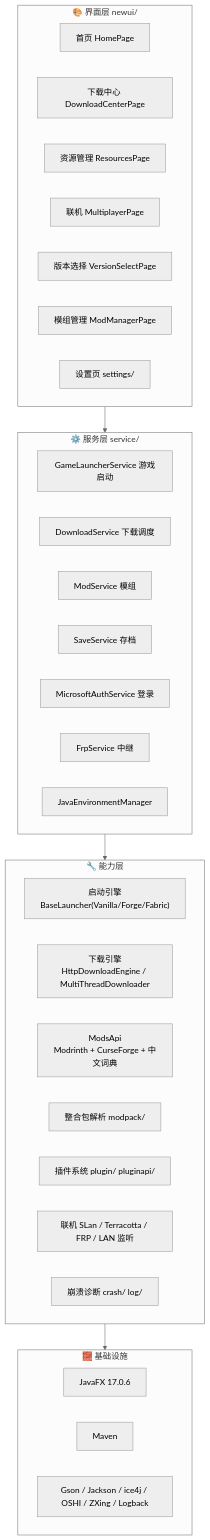
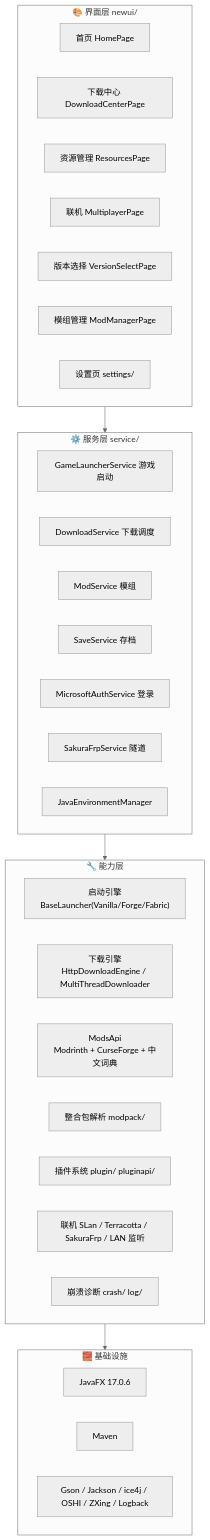
The first of 5 diagrams in README.md (Dreamo331/Starlight-Launcher), drawn with Mermaid (neutral theme) before and after one commit. The commit also changed other lines of this file and 249 other files, not shown here.

First line of the commit message:
feat: 联机改用 SakuraFrp、披风 agent 内置单 EXE、版本选择迁到游戏目录

````diff
--- a/README.md
+++ b/README.md
@@ -82,42 +83,42 @@
 ```mermaid
 flowchart TB
     subgraph UI["🎨 界面层 newui/"]
         Home["首页 HomePage"]
         Download["下载中心 DownloadCenterPage"]
         Res["资源管理 ResourcesPage"]
         Multi["联机 MultiplayerPage"]
         Version["版本选择 VersionSelectPage"]
         ModMgr["模组管理 ModManagerPage"]
         Settings["设置页 settings/"]
     end
 
     subgraph Service["⚙️ 服务层 service/"]
         GL["GameLauncherService 游戏启动"]
         DL["DownloadService 下载调度"]
         ModS["ModService 模组"]
         Save["SaveService 存档"]
         Auth["MicrosoftAuthService 登录"]
-        FrpS["FrpService 中继"]
+        FrpS["SakuraFrpService 隧道"]
         JavaM["JavaEnvironmentManager"]
     end
 
     subgraph Engine["🔧 能力层"]
         Launcher["启动引擎<br/>BaseLauncher(Vanilla/Forge/Fabric)"]
         DEngine["下载引擎<br/>HttpDownloadEngine / MultiThreadDownloader"]
         ModsApi["ModsApi<br/>Modrinth + CurseForge + 中文词典"]
         Modpack["整合包解析 modpack/"]
         Plugin["插件系统 plugin/ pluginapi/"]
-        Net["联机 SLan / Terracotta / FRP / LAN 监听"]
+        Net["联机 SLan / Terracotta / SakuraFrp / LAN 监听"]
         Crash["崩溃诊断 crash/ log/"]
     end
 
     subgraph Infra["🧱 基础设施"]
         JavaFX["JavaFX 17.0.6"]
         Maven["Maven"]
         Libs["Gson / Jackson / ice4j / OSHI / ZXing / Logback"]
     end
 
     UI --> Service
     Service --> Engine
     Engine --> Infra
 ```
````
